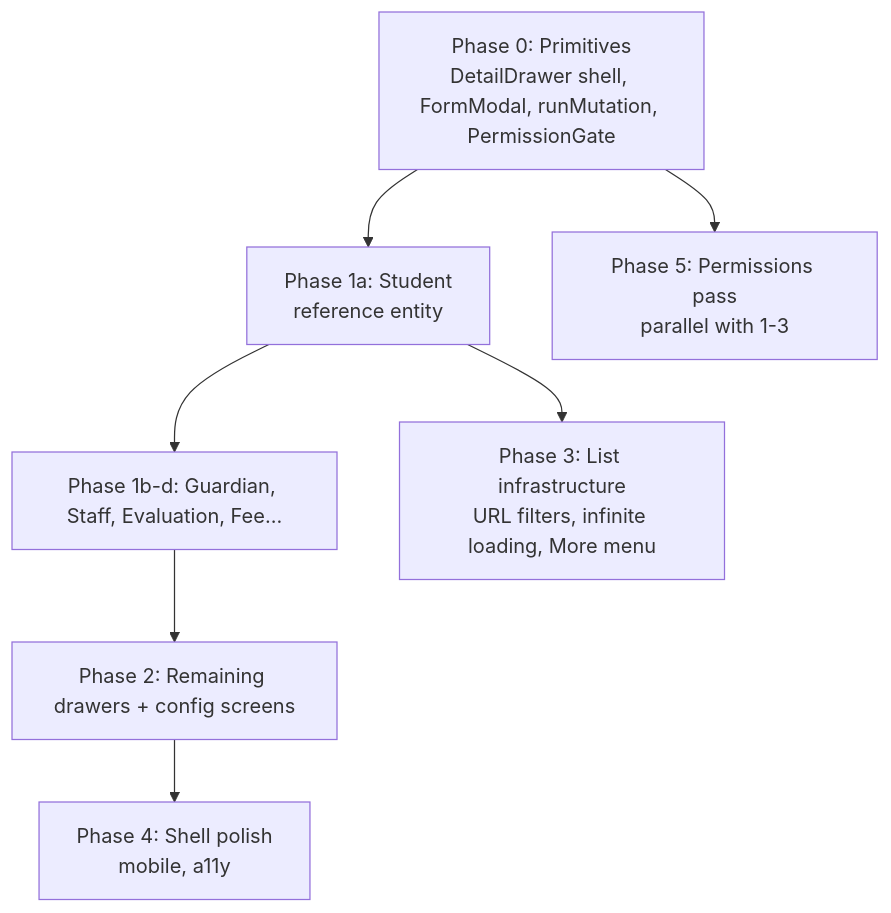
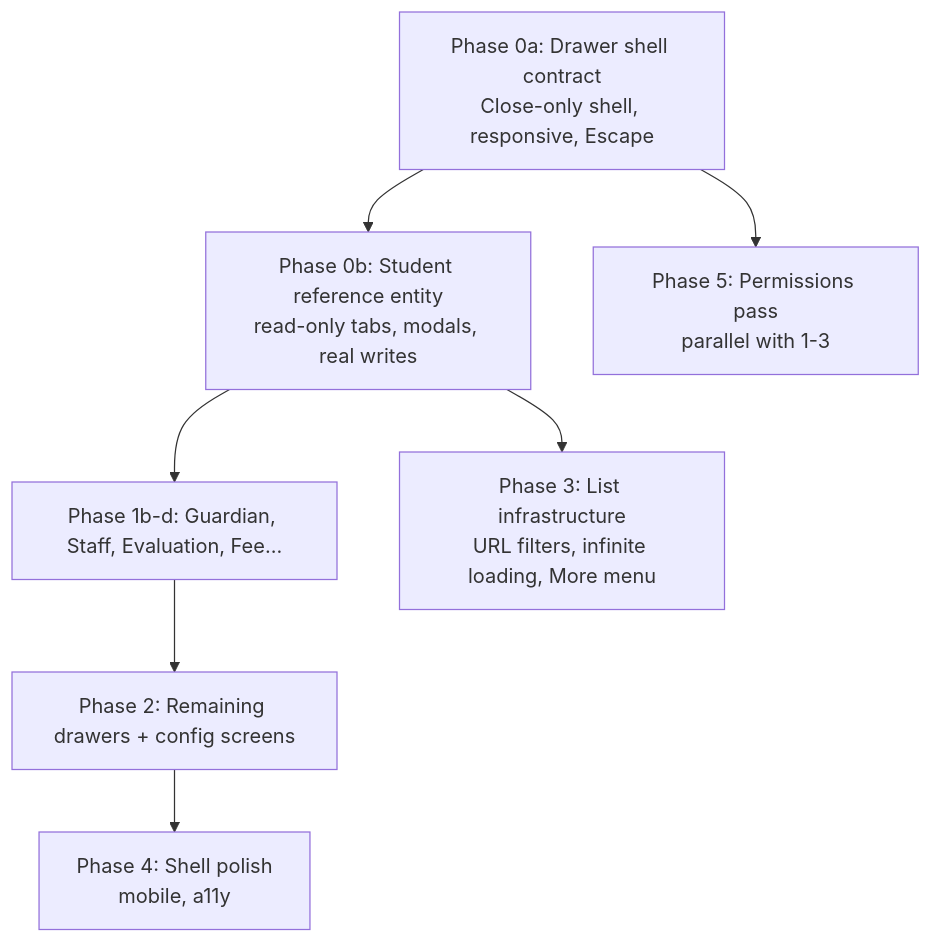
The diagram in docs/app-shell-gap-closure-plan.md (Maya-Invest/edaya_backend), drawn with Mermaid before and after one commit. The commit also changed other lines of this file, not shown here.

````diff
--- a/docs/app-shell-gap-closure-plan.md
+++ b/docs/app-shell-gap-closure-plan.md
@@ -362,17 +362,17 @@
 ```mermaid
 flowchart TD
-    P0[Phase 0: Primitives\nDetailDrawer shell, FormModal, runMutation, PermissionGate]
-    P1a[Phase 1a: Student\nreference entity]
+    P0a[Phase 0a: Drawer shell contract\nClose-only shell, responsive, Escape]
+    P0b[Phase 0b: Student reference entity\nread-only tabs, modals, real writes]
     P1b[Phase 1b-d: Guardian, Staff, Evaluation, Fee...]
     P2[Phase 2: Remaining drawers + config screens]
     P3[Phase 3: List infrastructure\nURL filters, infinite loading, More menu]
     P4[Phase 4: Shell polish\nmobile, a11y]
     P5[Phase 5: Permissions pass\nparallel with 1-3]
 
-    P0 --> P1a
-    P1a --> P1b
+    P0a --> P0b
+    P0b --> P1b
     P1b --> P2
-    P1a --> P3
-    P0 --> P5
+    P0b --> P3
+    P0a --> P5
     P2 --> P4
 ```
````
